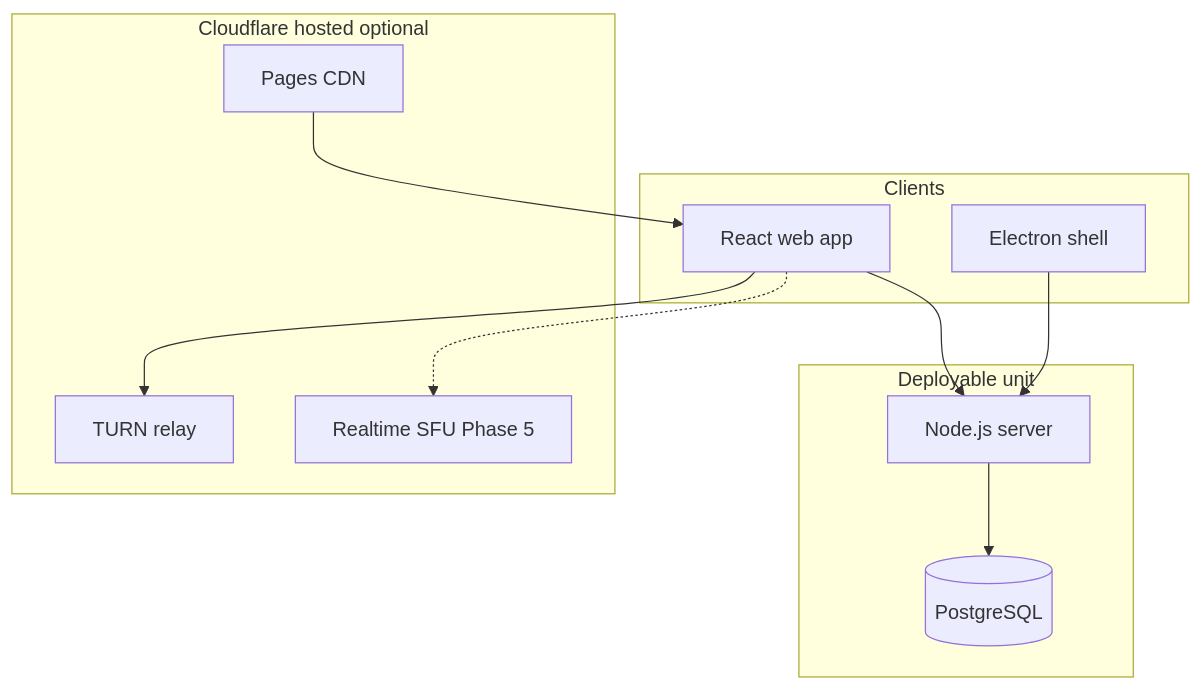
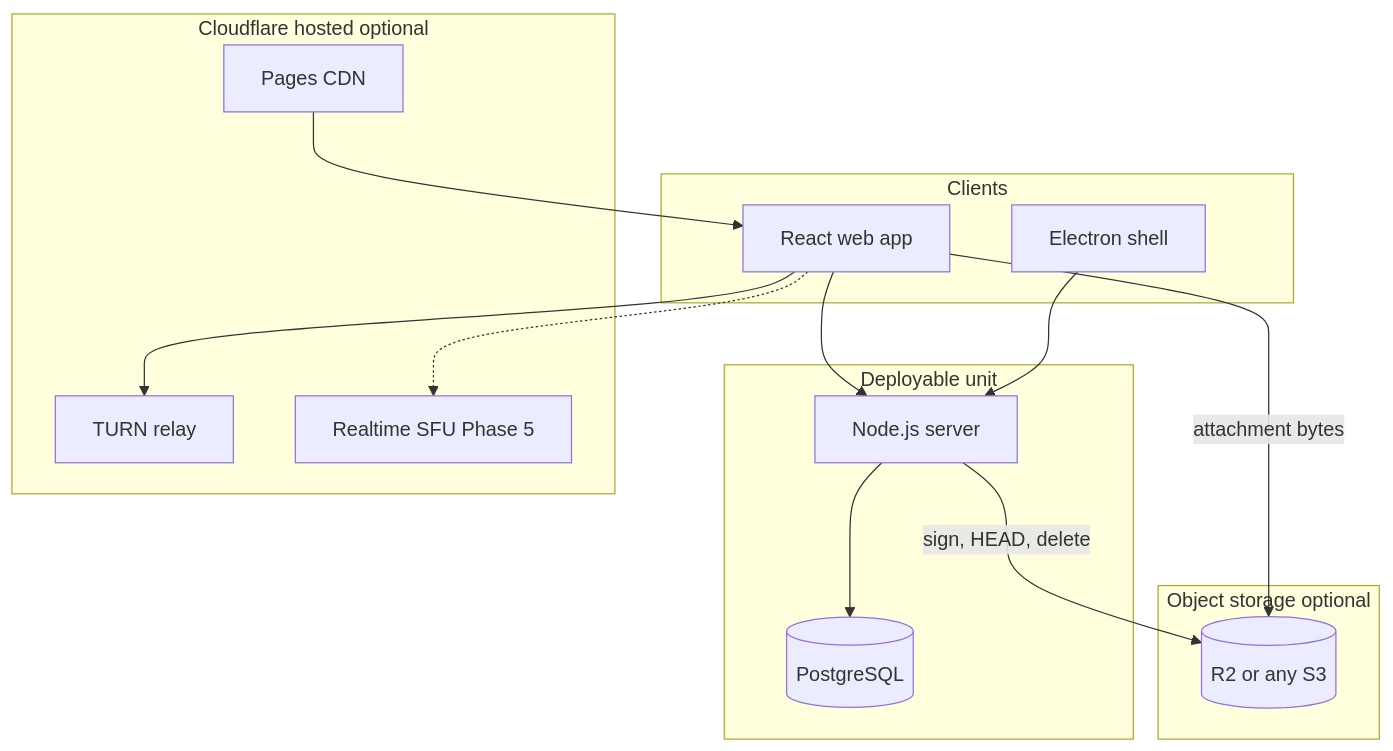
The diagram in ARCHITECTURE.md (rafaelcg/pqp), drawn with Mermaid before and after one commit. The commit also changed other lines of this file and 33 other files, not shown here.

````diff
--- a/ARCHITECTURE.md
+++ b/ARCHITECTURE.md
@@ -7,22 +7,27 @@
 ```mermaid
 flowchart TB
   subgraph clients [Clients]
     Web[React web app]
     Electron[Electron shell]
   end
   subgraph deploy [Deployable unit]
     Node[Node.js server]
     PG[(PostgreSQL)]
   end
   subgraph cf [Cloudflare hosted optional]
     Pages[Pages CDN]
     TURN[TURN relay]
     SFU[Realtime SFU Phase 5]
   end
+  subgraph store [Object storage optional]
+    S3[(R2 or any S3)]
+  end
   Web --> Node
   Electron --> Node
   Node --> PG
   Web --> TURN
   Web -.-> SFU
   Pages --> Web
+  Web -->|attachment bytes| S3
+  Node -->|sign, HEAD, delete| S3
 ```
````
